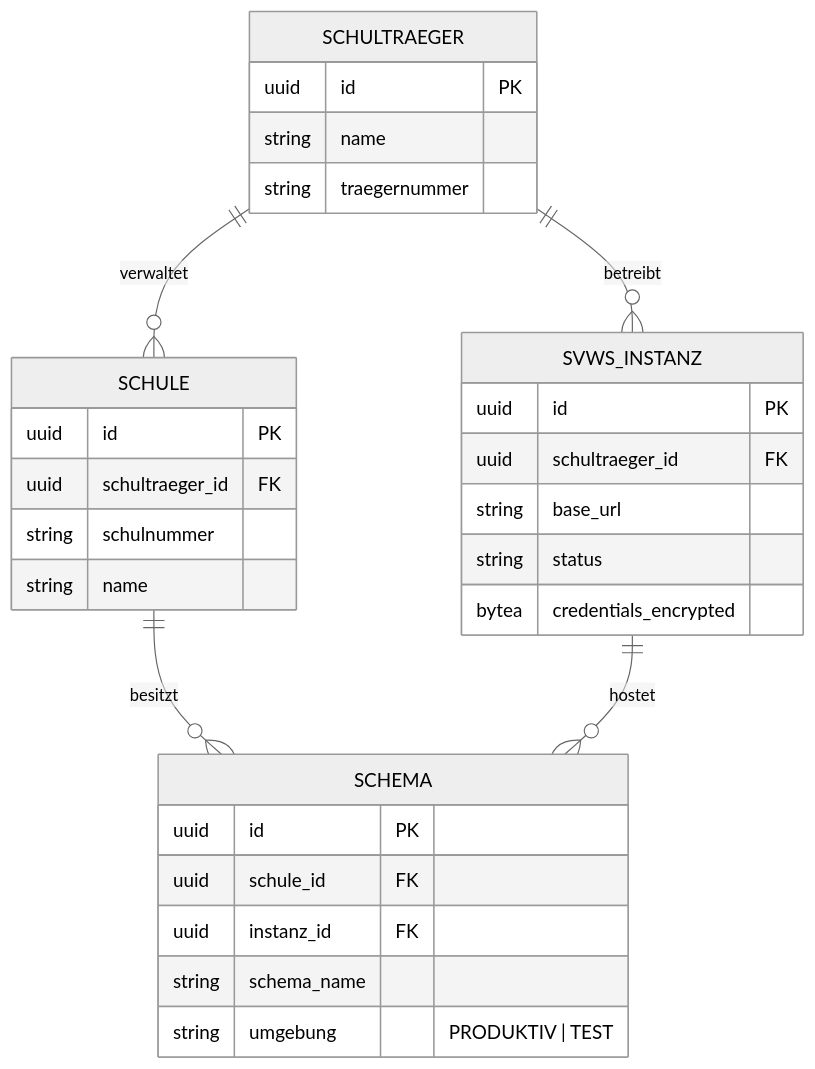
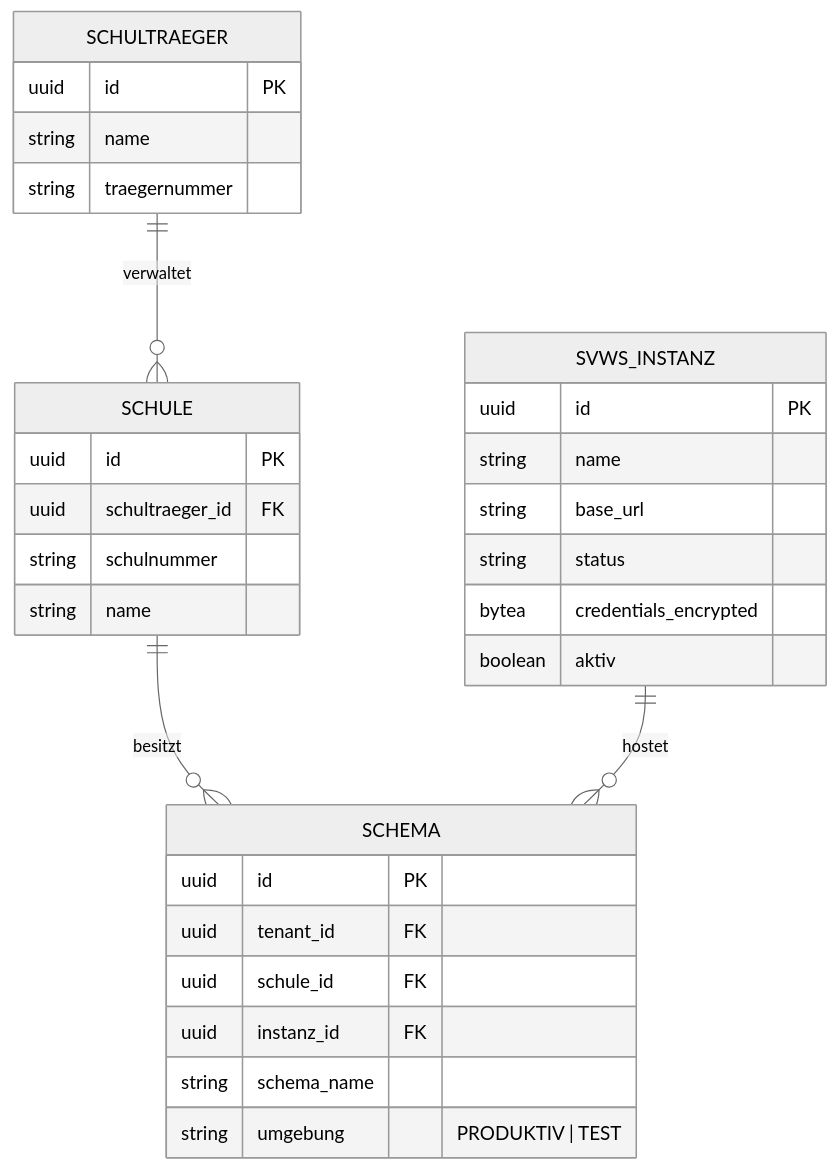
The third of 6 diagrams in architecture/ARCHITECTURE.md (FPfotenhauer/SVWS-EduGate), drawn with Mermaid (neutral theme) before and after one commit. The commit also changed other lines of this file and 29 other files, not shown here.

````diff
--- a/architecture/ARCHITECTURE.md
+++ b/architecture/ARCHITECTURE.md
@@ -158,33 +159,34 @@
 ```mermaid
 erDiagram
     SCHULTRAEGER ||--o{ SCHULE : "verwaltet"
-    SCHULTRAEGER ||--o{ SVWS_INSTANZ : "betreibt"
     SCHULE ||--o{ SCHEMA : "besitzt"
     SVWS_INSTANZ ||--o{ SCHEMA : "hostet"
 
     SCHULTRAEGER {
         uuid id PK
         string name
         string traegernummer
     }
     SCHULE {
         uuid id PK
         uuid schultraeger_id FK
         string schulnummer
         string name
     }
     SVWS_INSTANZ {
         uuid id PK
-        uuid schultraeger_id FK
+        string name
         string base_url
         string status
         bytea credentials_encrypted
+        boolean aktiv
     }
     SCHEMA {
         uuid id PK
+        uuid tenant_id FK
         uuid schule_id FK
         uuid instanz_id FK
         string schema_name
         string umgebung "PRODUKTIV | TEST"
     }
 ```
````
